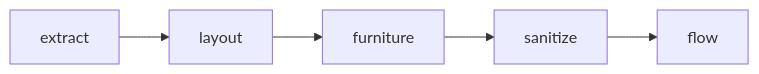
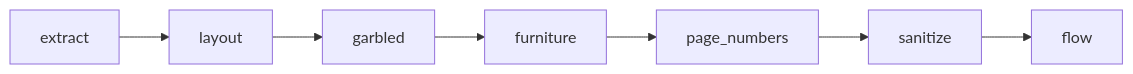
One commit to Parlamentszusammenfasser/pdf-parser changed the diagram in docs/architecture.md. Above: the diagram before and after it, drawn with Mermaid. The commit also changed other lines of this file and 13 other files, not shown here.

First line of the commit message:
feat(sanitize): drop garbled text that OCR did not replace (#39)

````diff
--- a/docs/architecture.md
+++ b/docs/architecture.md
@@ -11,4 +11,4 @@
 ```mermaid
 flowchart LR
-    extract --> layout --> furniture --> sanitize --> flow
+    extract --> layout --> garbled --> furniture --> page_numbers --> sanitize --> flow
 ```
````
